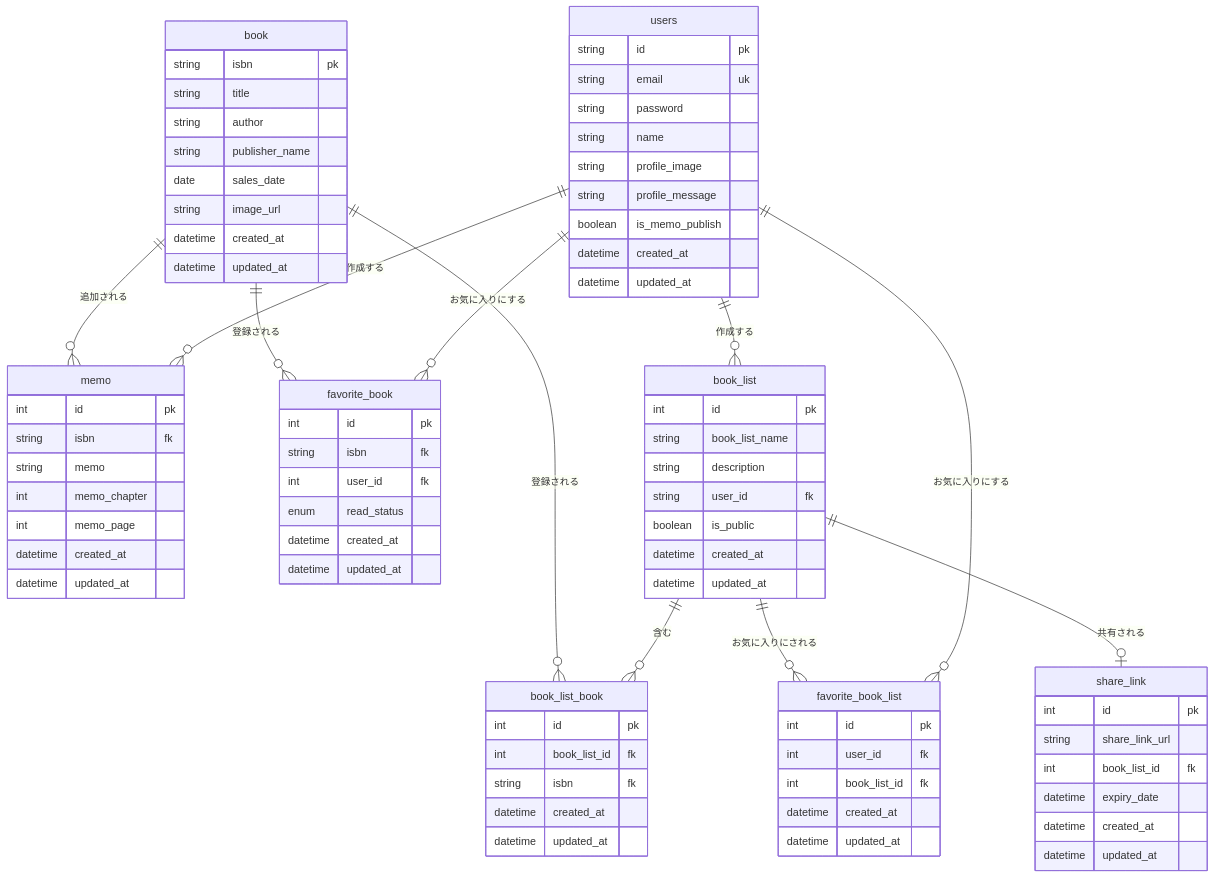
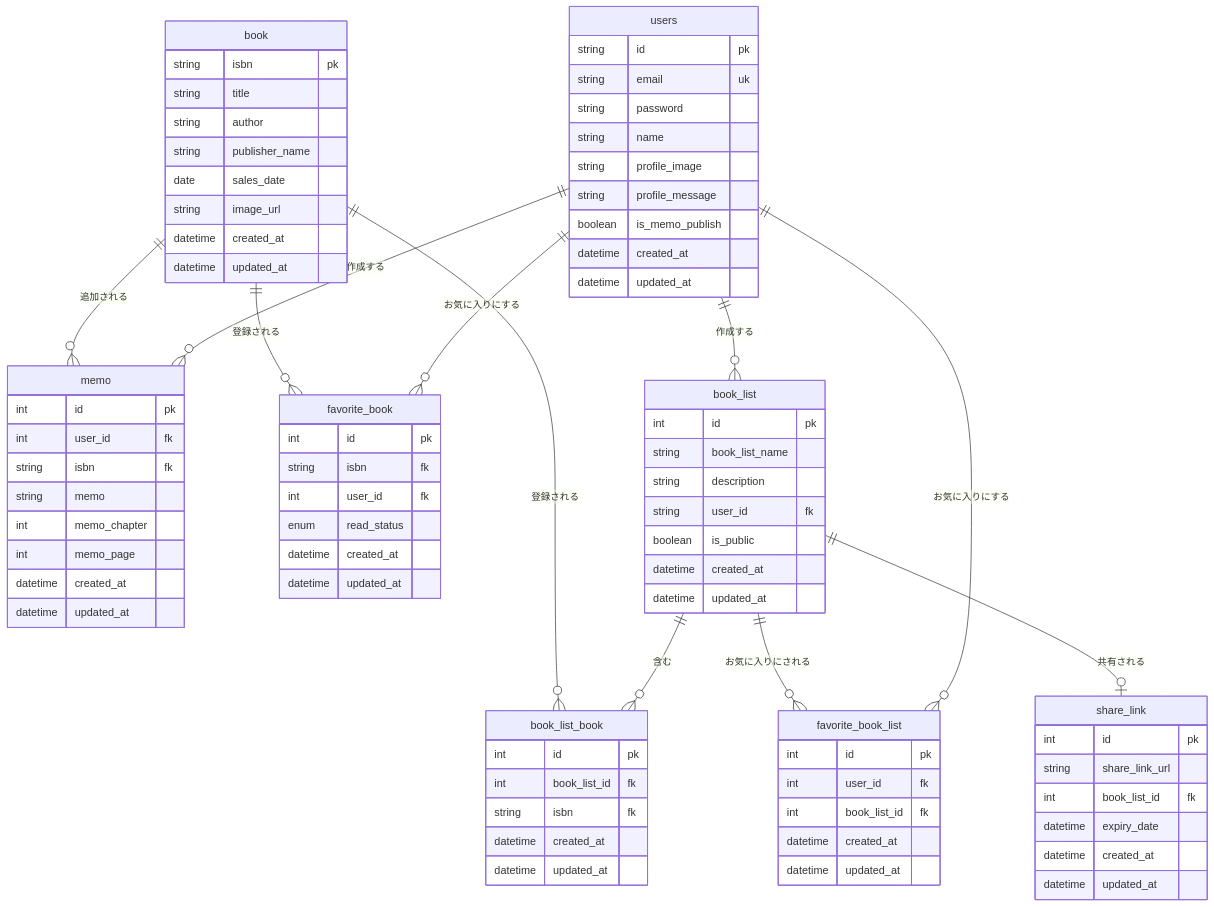
Before and after one commit to ar4rpon/minelibrary: the diagram in _docs/ER.md, drawn with Mermaid. The commit also changed 2 other files, not shown here.

Commit message:
feat:Memoメソッド不足分追加 マイグレーション修正 #46

```diff
--- a/_docs/ER.md
+++ b/_docs/ER.md
@@ -25,6 +25,7 @@
 
 memo {
 int id pk
+int user_id fk
 string isbn fk
 string memo
 int memo_chapter
```
